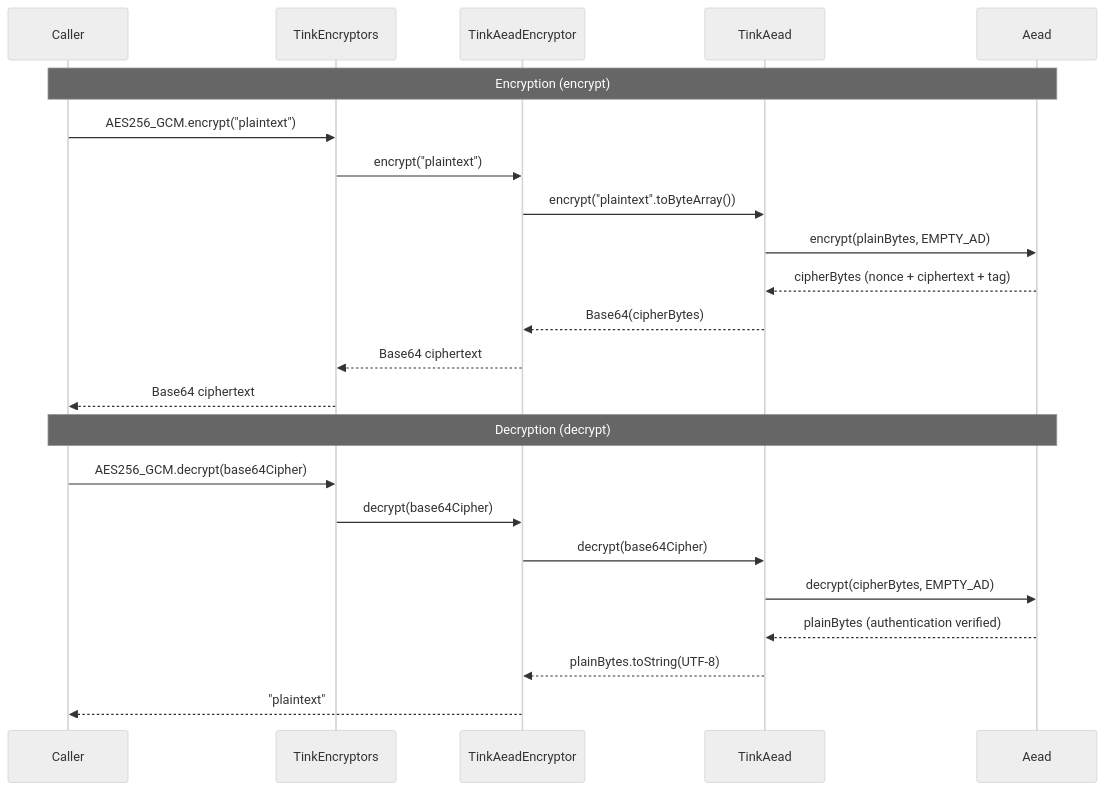
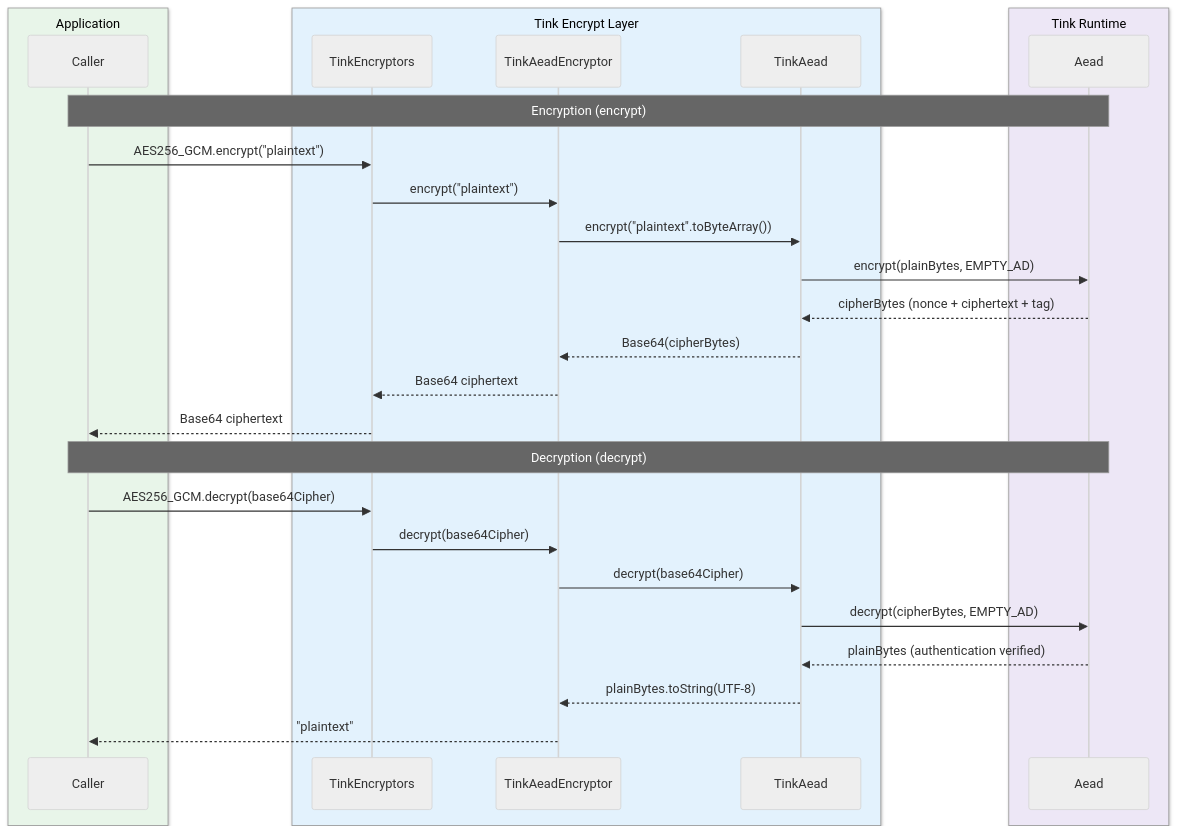
One commit to bluetape4k/bluetape4k-projects changed the second of 2 diagrams in io/tink/README.md. Above: the diagram before and after it, drawn with Mermaid (neutral theme). The commit also changed other lines of this file and 221 other files, not shown here.

First line of the commit message:
docs: 전체 모듈 README UML 다이어그램 보강 및 색상 업그레이드

````diff
--- a/io/tink/README.md
+++ b/io/tink/README.md
@@ -357,27 +368,33 @@
 ```mermaid
 sequenceDiagram
-    participant Caller
-    participant TinkEncryptors
-    participant TinkAeadEncryptor
-    participant TinkAead
-    participant Aead
+    box rgb(232, 245, 233) Application
+        participant Caller
+    end
+    box rgb(227, 242, 253) Tink Encrypt Layer
+        participant TinkEncryptors
+        participant TinkAeadEncryptor
+        participant TinkAead
+    end
+    box rgb(237, 231, 246) Tink Runtime
+        participant Aead
+    end
 
     Note over Caller,Aead: Encryption (encrypt)
     Caller->>TinkEncryptors: AES256_GCM.encrypt("plaintext")
     TinkEncryptors->>TinkAeadEncryptor: encrypt("plaintext")
     TinkAeadEncryptor->>TinkAead: encrypt("plaintext".toByteArray())
     TinkAead->>Aead: encrypt(plainBytes, EMPTY_AD)
     Aead-->>TinkAead: cipherBytes (nonce + ciphertext + tag)
     TinkAead-->>TinkAeadEncryptor: Base64(cipherBytes)
     TinkAeadEncryptor-->>TinkEncryptors: Base64 ciphertext
     TinkEncryptors-->>Caller: Base64 ciphertext
 
     Note over Caller,Aead: Decryption (decrypt)
     Caller->>TinkEncryptors: AES256_GCM.decrypt(base64Cipher)
     TinkEncryptors->>TinkAeadEncryptor: decrypt(base64Cipher)
     TinkAeadEncryptor->>TinkAead: decrypt(base64Cipher)
     TinkAead->>Aead: decrypt(cipherBytes, EMPTY_AD)
     Aead-->>TinkAead: plainBytes (authentication verified)
     TinkAead-->>TinkAeadEncryptor: plainBytes.toString(UTF-8)
     TinkAeadEncryptor-->>Caller: "plaintext"
 ```
````
